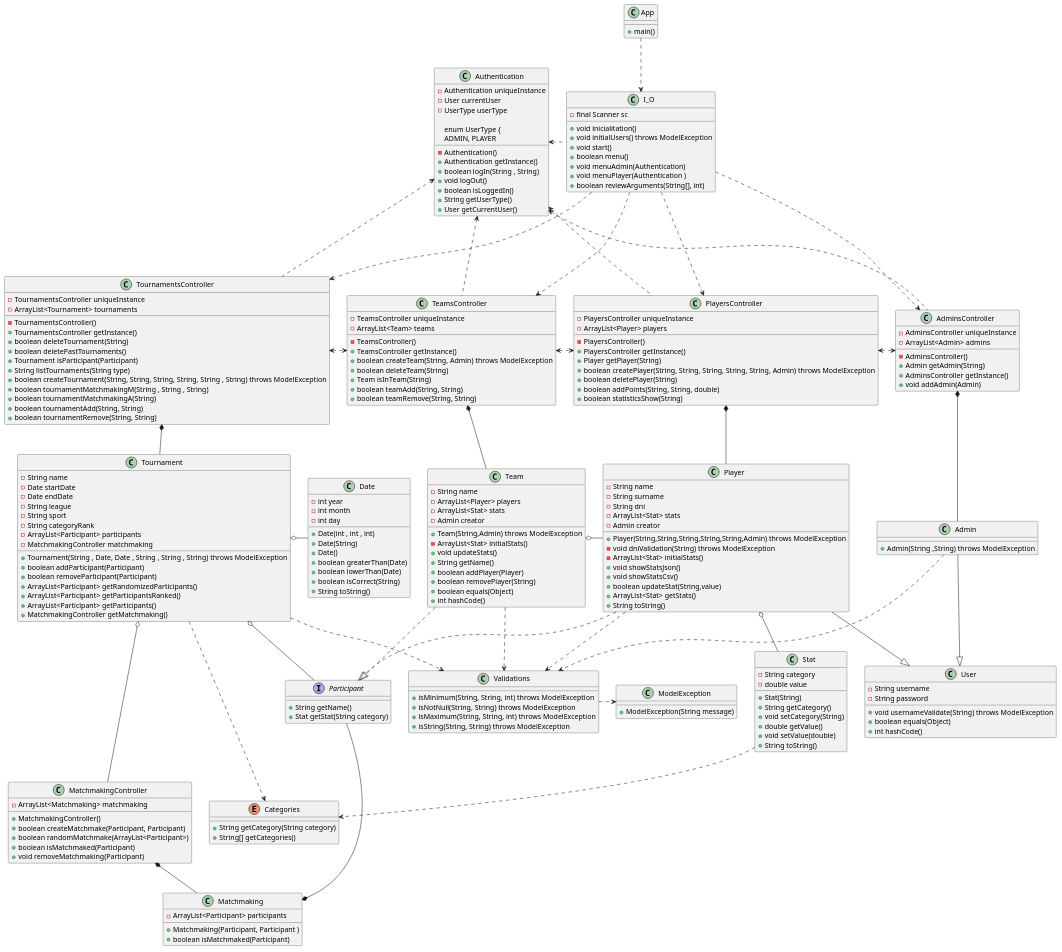
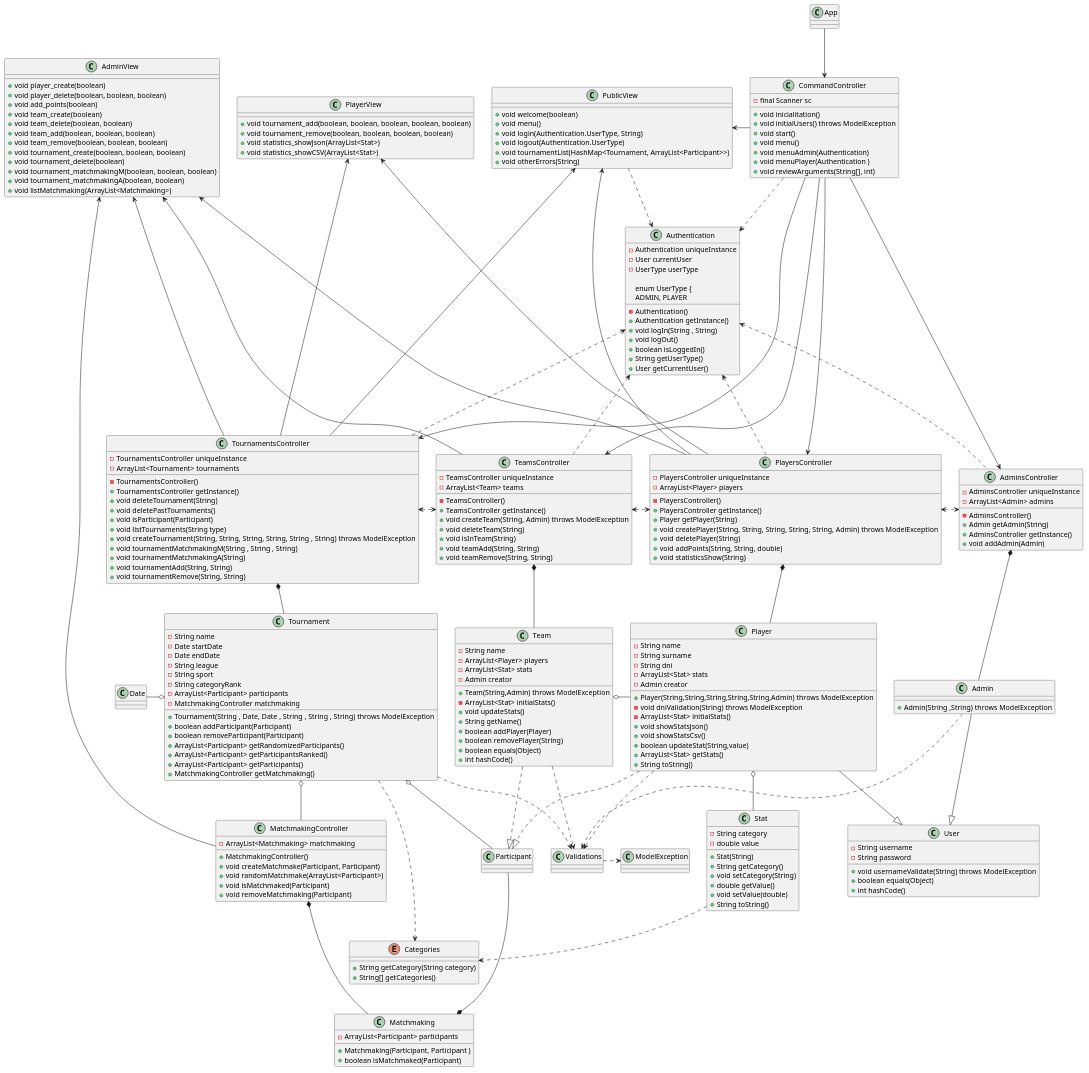
The diagram in documents/uml.puml (AlbertoArpa/POO2), drawn with PlantUML before and after one commit.

Commit message:
Arrobas añadidos a torneo

```diff
--- a/documents/uml.puml
+++ b/documents/uml.puml
@@ -1,18 +1,227 @@
-@startuml uml
+@startuml
+class User {
+    - String username
+    - String password
+    + void usernameValidate(String) throws ModelException
+    + boolean equals(Object)
+    + int hashCode()
+}
 
-App ..> I_O
-I_O ...> TournamentsController
-I_O ...> TeamsController
-I_O ...> PlayersController
-I_O ...> AdminsController
-Authentication <. I_O
-Authentication <... AdminsController
-Authentication <... PlayersController
+class Player {
+    - String name
+    - String surname
+    - String dni
+    - ArrayList<Stat> stats
+    - Admin creator
+    + Player(String,String,String,String,String,Admin) throws ModelException
+    - void dniValidation(String) throws ModelException
+    - ArrayList<Stat> initialStats()
+    + void showStatsJson()
+    + void showStatsCsv()
+    + boolean updateStat(String,value)
+    + ArrayList<Stat> getStats()
+    + String toString()
+}
+
+class Admin {
+    + Admin(String ,String) throws ModelException
+}
+
+enum Categories {
+    +String getCategory(String category)
+    +String[] getCategories()
+}
+
+class Stat {
+    - String category
+    - double value
+    + Stat(String)
+    + String getCategory()
+    + void setCategory(String)
+    + double getValue()
+    + void setValue(double)
+    + String toString()
+}
+
+class Team {
+    - String name
+    - ArrayList<Player> players
+    - ArrayList<Stat> stats
+    - Admin creator
+    + Team(String,Admin) throws ModelException
+    - ArrayList<Stat> initialStats()
+    + void updateStats()
+    + String getName()
+    + boolean addPlayer(Player)
+    + boolean removePlayer(String)
+    + boolean equals(Object)
+    + int hashCode()
+}
+
+class Matchmaking {
+    - ArrayList<Participant> participants
+    + Matchmaking(Participant, Participant )
+    + boolean isMatchmaked(Participant)
+}
+
+class Tournament {
+    - String name
+    - Date startDate
+    - Date endDate
+    - String league
+    - String sport
+    - String categoryRank
+    - ArrayList<Participant> participants
+    - MatchmakingController matchmaking
+    + Tournament(String , Date, Date , String , String , String) throws ModelException
+    + boolean addParticipant(Participant)
+    + boolean removeParticipant(Participant)
+    + ArrayList<Participant> getRandomizedParticipants()
+    + ArrayList<Participant> getParticipantsRanked()
+    + ArrayList<Participant> getParticipants()
+    + MatchmakingController getMatchmaking()
+}
+
+class CommandController {
+    - final Scanner sc
+    + void inicialitation()
+    + void initialUsers() throws ModelException
+    + void start()
+    + void menu()
+    + void menuAdmin(Authentication)
+    + void menuPlayer(Authentication )
+    + void reviewArguments(String[], int)
+}
+
+class AdminsController {
+    - AdminsController uniqueInstance
+    - ArrayList<Admin> admins
+    - AdminsController()
+    + Admin getAdmin(String)
+    + AdminsController getInstance()
+    + void addAdmin(Admin)
+}
+
+class PlayersController {
+    - PlayersController uniqueInstance
+    - ArrayList<Player> players
+    - PlayersController()
+    + PlayersController getInstance()
+    + Player getPlayer(String)
+    + void createPlayer(String, String, String, String, String, Admin) throws ModelException
+    + void deletePlayer(String)
+    + void addPoints(String, String, double)
+    + void statisticsShow(String)
+}
+
+class Authentication {
+    - Authentication uniqueInstance
+    - User currentUser
+    - UserType userType
+    - Authentication()
+    + Authentication getInstance()
+    + void logIn(String , String)
+    + void logOut()
+    + boolean isLoggedIn()
+    + String getUserType()
+    + User getCurrentUser()
+
+    enum UserType {
+        ADMIN, PLAYER
+
+}
+
+class TournamentsController {
+    - TournamentsController uniqueInstance
+    - ArrayList<Tournament> tournaments
+    - TournamentsController()
+    + TournamentsController getInstance()
+    + void deleteTournament(String)
+    + void deletePastTournaments()
+    + void isParticipant(Participant)
+    + void listTournaments(String type)
+    + void createTournament(String, String, String, String, String , String) throws ModelException
+    + void tournamentMatchmakingM(String , String , String)
+    + void tournamentMatchmakingA(String)
+    + void tournamentAdd(String, String)
+    + void tournamentRemove(String, String)
+}
+
+class TeamsController {
+    - TeamsController uniqueInstance
+    - ArrayList<Team> teams
+    - TeamsController()
+    + TeamsController getInstance()
+    + void createTeam(String, Admin) throws ModelException
+    + void deleteTeam(String)
+    + void isInTeam(String)
+    + void teamAdd(String, String)
+    + void teamRemove(String, String)
+}
+
+class MatchmakingController {
+    - ArrayList<Matchmaking> matchmaking
+    + MatchmakingController()
+    + void createMatchmake(Participant, Participant)
+    + void randomMatchmake(ArrayList<Participant>)
+    + void isMatchmaked(Participant)
+    + void removeMatchmaking(Participant)
+}
+
+class PlayerView {
+    + void tournament_add(boolean, boolean, boolean, boolean, boolean)
+    + void tournament_remove(boolean, boolean, boolean, boolean)
+    + void statistics_showJson(ArrayList<Stat>)
+    + void statistics_showCSV(ArrayList<Stat>)
+}
+
+class PublicView {
+    + void welcome(boolean)
+    + void menu()
+    + void login(Authentication.UserType, String)
+    + void logout(Authentication.UserType)
+    + void tournamentList(HashMap<Tournament, ArrayList<Participant>>)
+    + void otherErrors(String)
+}
+
+class AdminView {
+    + void player_create(boolean)
+    + void player_delete(boolean, boolean, boolean)
+    + void add_points(boolean)
+    + void team_create(boolean)
+    + void team_delete(boolean, boolean)
+    + void team_add(boolean, boolean, boolean)
+    + void team_remove(boolean, boolean, boolean)
+    + void tournament_create(boolean, boolean, boolean)
+    + void tournament_delete(boolean)
+    + void tournament_matchmakingM(boolean, boolean, boolean)
+    + void tournament_matchmakingA(boolean, boolean)
+    + void listMatchmaking(ArrayList<Matchmaking>)
+}
+
+App --> CommandController
+CommandController ---> TournamentsController
+CommandController ---> TeamsController
+CommandController ---> PlayersController
+CommandController ---> AdminsController
+PublicView <- CommandController
+CommandController ..> Authentication
+Authentication <. AdminsController
+Authentication <. PlayersController
 Authentication <... TeamsController
 Authentication <... TournamentsController
 TeamsController <.> PlayersController
+AdminView <---- TeamsController
 PlayersController <.> AdminsController
+AdminView <---- PlayersController
+AdminView <---- MatchmakingController
+PlayerView <---- PlayersController
+PublicView <---- PlayersController
+PublicView ..> Authentication
 TournamentsController <.> TeamsController
+PublicView <---- TournamentsController
+AdminView <---- TournamentsController
+PlayerView <---- TournamentsController
 TournamentsController *-- Tournament
 Tournament o-- MatchmakingController
 MatchmakingController *-- Matchmaking
@@ -36,206 +245,4 @@
 Tournament ..> Validations
 Validations .> ModelException
 
-
-class App{
-    +main()
-}
-
-class User{
-    - String username
-    - String password
-    + void usernameValidate(String) throws ModelException
-    + boolean equals(Object)
-    + int hashCode()
-}
-
-class Player{
-    - String name
-    - String surname
-    - String dni
-    - ArrayList<Stat> stats
-    - Admin creator
-    + Player(String,String,String,String,String,Admin) throws ModelException
-    - void dniValidation(String) throws ModelException
-    - ArrayList<Stat> initialStats()
-    + void showStatsJson()
-    + void showStatsCsv()
-    + boolean updateStat(String,value)
-    + ArrayList<Stat> getStats()
-    + String toString()
-}
-
-class Admin{
-    + Admin(String ,String) throws ModelException
-}
-
-enum Categories{
-    +String getCategory(String category)
-    +String[] getCategories()
-}
-
-class Stat{
-    - String category
-    - double value
-    + Stat(String)
-    + String getCategory()
-    + void setCategory(String)
-    + double getValue()
-    + void setValue(double)
-    + String toString()
-}
-
-class Team{
-    - String name
-    - ArrayList<Player> players
-    - ArrayList<Stat> stats
-    - Admin creator
-    + Team(String,Admin) throws ModelException
-    - ArrayList<Stat> initialStats()
-    + void updateStats()
-    + String getName()
-    + boolean addPlayer(Player)
-    + boolean removePlayer(String)
-    + boolean equals(Object)
-    + int hashCode()
-}
-
-class Matchmaking{
-    - ArrayList<Participant> participants
-    + Matchmaking(Participant, Participant )
-    + boolean isMatchmaked(Participant)
-}
-
-class Tournament{
-    - String name
-    - Date startDate
-    - Date endDate
-    - String league
-    - String sport
-    - String categoryRank
-    - ArrayList<Participant> participants
-    - MatchmakingController matchmaking
-    + Tournament(String , Date, Date , String , String , String) throws ModelException
-    + boolean addParticipant(Participant)
-    + boolean removeParticipant(Participant)
-    + ArrayList<Participant> getRandomizedParticipants()
-    + ArrayList<Participant> getParticipantsRanked()
-    + ArrayList<Participant> getParticipants()
-    + MatchmakingController getMatchmaking()
-}
-
-class AdminsController{
-    - AdminsController uniqueInstance
-    - ArrayList<Admin> admins
-    - AdminsController()
-    + Admin getAdmin(String)
-    + AdminsController getInstance()
-    + void addAdmin(Admin)
-}
-
-class PlayersController{
-    - PlayersController uniqueInstance
-    - ArrayList<Player> players
-    - PlayersController()
-    + PlayersController getInstance()
-    + Player getPlayer(String)
-    + boolean createPlayer(String, String, String, String, String, Admin) throws ModelException
-    + boolean deletePlayer(String)
-    + boolean addPoints(String, String, double)
-    + boolean statisticsShow(String)
-}
-
-class Authentication{
-    - Authentication uniqueInstance
-    - User currentUser
-    - UserType userType
-    - Authentication()
-    + Authentication getInstance()
-    + boolean logIn(String , String)
-    + void logOut()
-    + boolean isLoggedIn()
-    + String getUserType()
-    + User getCurrentUser()
-
-    enum UserType {
-        ADMIN, PLAYER
-}
-
-class TournamentsController{
-    - TournamentsController uniqueInstance
-    - ArrayList<Tournament> tournaments
-    - TournamentsController()
-    + TournamentsController getInstance()
-    + boolean deleteTournament(String)
-    + boolean deletePastTournaments()
-    + Tournament isParticipant(Participant)
-    + String listTournaments(String type)
-    + boolean createTournament(String, String, String, String, String , String) throws ModelException
-    + boolean tournamentMatchmakingM(String , String , String)
-    + boolean tournamentMatchmakingA(String)
-    + boolean tournamentAdd(String, String)
-    + boolean tournamentRemove(String, String)
-}
-
-class TeamsController{
-    - TeamsController uniqueInstance
-    - ArrayList<Team> teams
-    - TeamsController()
-    + TeamsController getInstance()
-    + boolean createTeam(String, Admin) throws ModelException
-    + boolean deleteTeam(String)
-    + Team isInTeam(String)
-    + boolean teamAdd(String, String)
-    + boolean teamRemove(String, String)
-}
-
-interface Participant{
-    + String getName()
-    + Stat getStat(String category)
-}
-
-class ModelException{
-    + ModelException(String message)
-}
-
-class Date{
-    - int year
-    - int month
-    - int day
-    + Date(int , int , int)
-    + Date(String)
-    + Date()
-    + boolean greaterThan(Date)
-    + boolean lowerThan(Date)
-    + boolean isCorrect(String)
-    + String toString()
-}
-
-class I_O{
-    - final Scanner sc
-    + void inicialitation()
-    + void initialUsers() throws ModelException
-    + void start()
-    + boolean menu()
-    + void menuAdmin(Authentication)
-    + void menuPlayer(Authentication )
-    + boolean reviewArguments(String[], int)
-}
-
-class MatchmakingController{
-    - ArrayList<Matchmaking> matchmaking
-    + MatchmakingController()
-    + boolean createMatchmake(Participant, Participant)
-    + boolean randomMatchmake(ArrayList<Participant>)
-    + boolean isMatchmaked(Participant)
-    + void removeMatchmaking(Participant)
-}
-
-class Validations{
-    + isMinimum(String, String, int) throws ModelException
-    + isNotNull(String, String) throws ModelException
-    + isMaximum(String, String, int) throws ModelException
-    + isString(String, String) throws ModelException
-}
-
 @enduml
```
